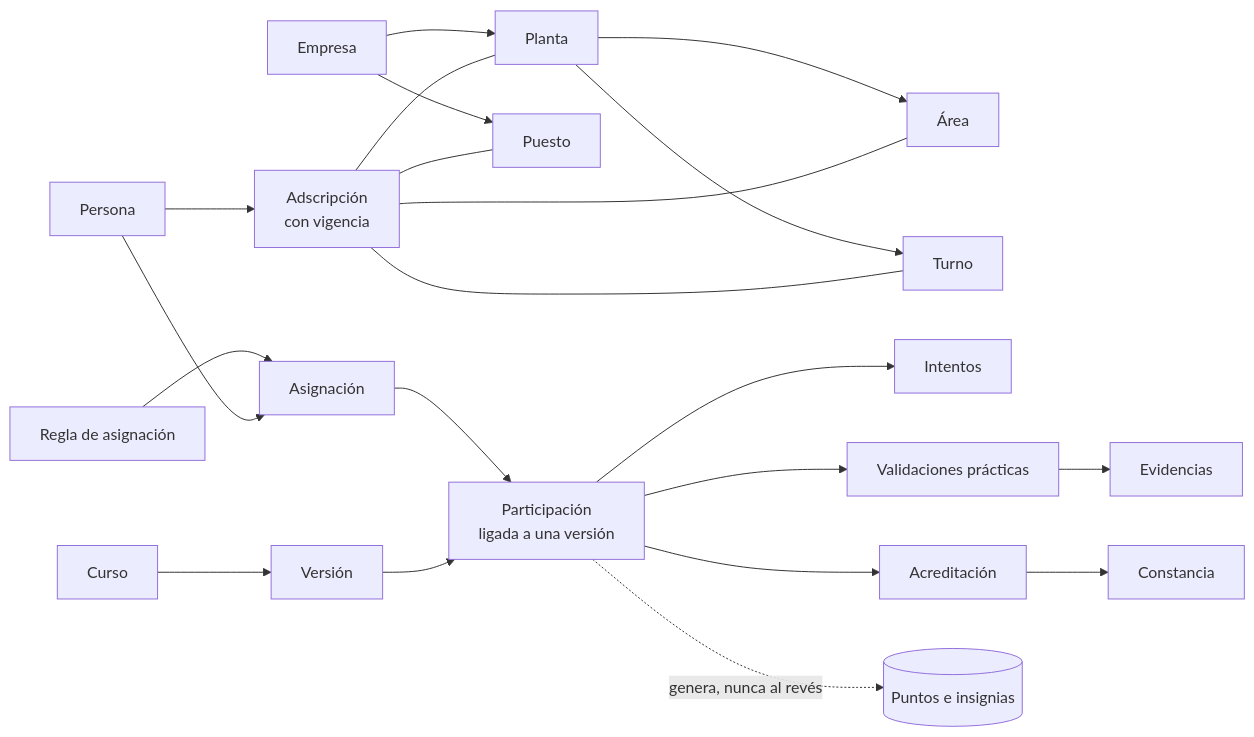
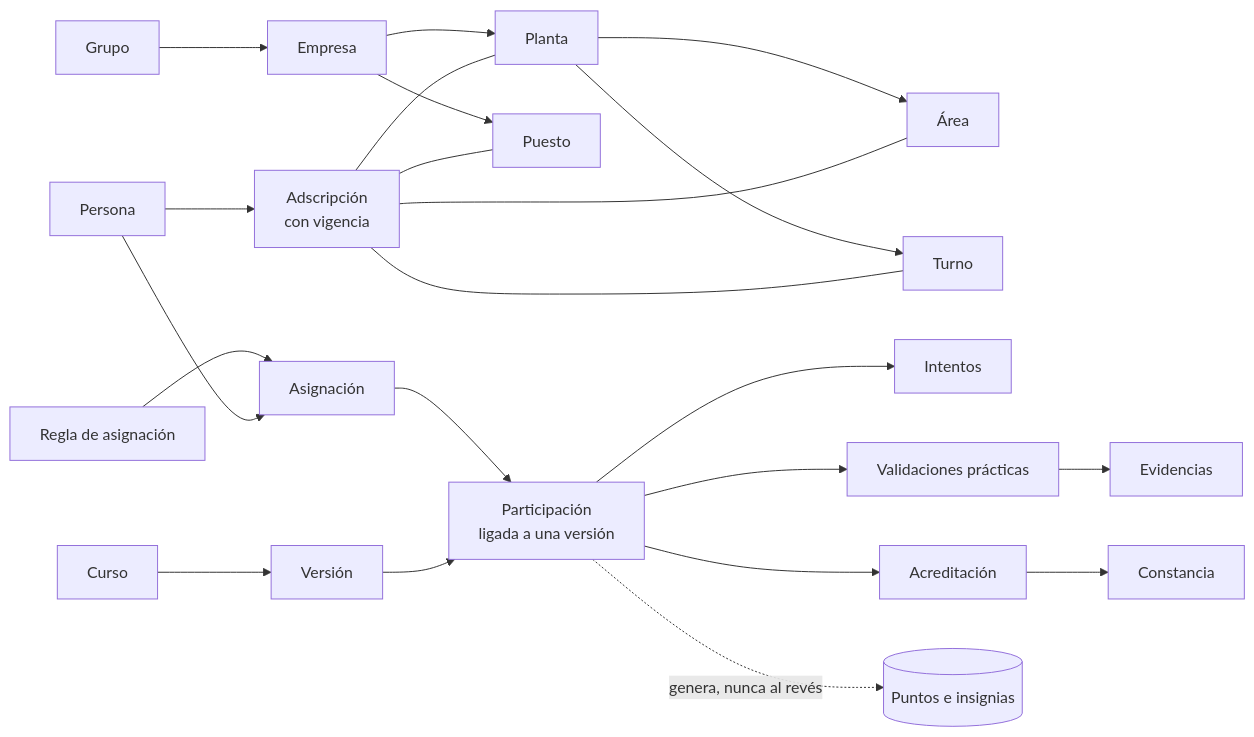
The diagram in docs/etapa-1/01-producto-y-alcance.md (avlv0119-ai/Capacitacion), drawn with Mermaid before and after one commit. The commit also changed other lines of this file and 6 other files, not shown here.

````diff
--- a/docs/etapa-1/01-producto-y-alcance.md
+++ b/docs/etapa-1/01-producto-y-alcance.md
@@ -199,15 +203,15 @@
 ```mermaid
 flowchart LR
-  E[Empresa] --> P[Planta] --> A[Área]
+  G[Grupo] --> E[Empresa] --> P[Planta] --> A[Área]
   P --> T[Turno]
   E --> Pu[Puesto]
   Pe[Persona] --> Ad[Adscripción<br/>con vigencia]
   Ad --- P & A & T & Pu
   R[Regla de asignación] --> As[Asignación]
   Pe --> As --> Pa[Participación<br/>ligada a una versión]
   C[Curso] --> V[Versión] --> Pa
   Pa --> I[Intentos] & VP[Validaciones prácticas]
   VP --> Ev[Evidencias]
   Pa --> Ac[Acreditación] --> Co[Constancia]
   Pa -. genera, nunca al revés .-> Pt[(Puntos e insignias)]
 ```
````
